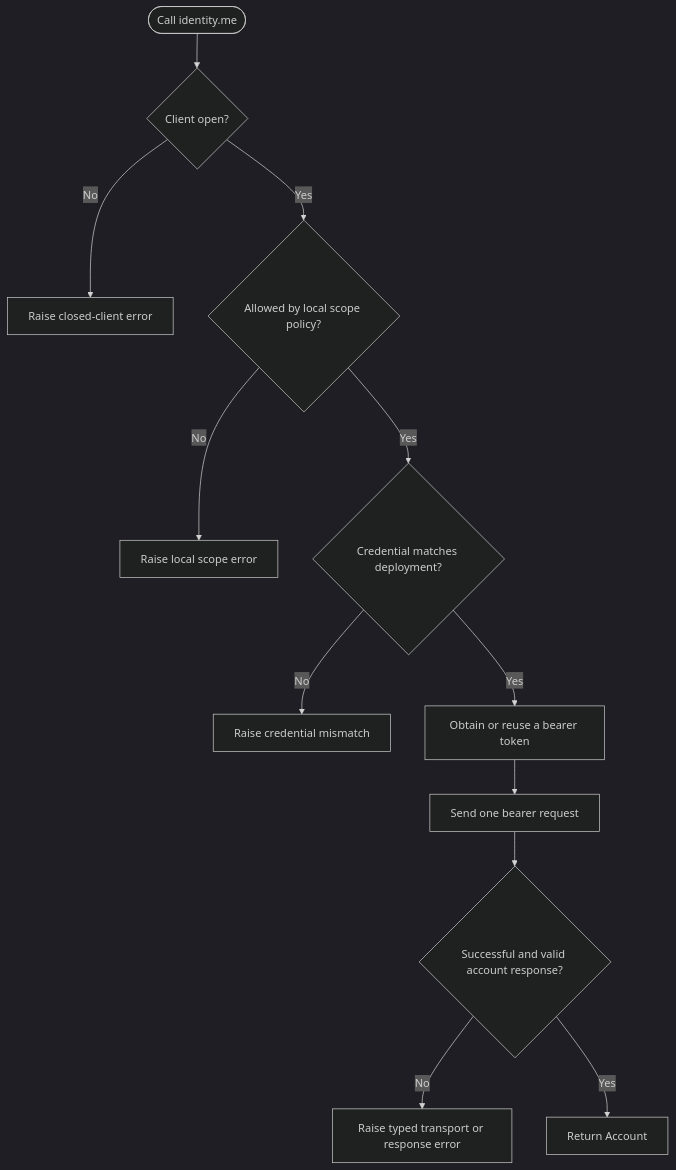
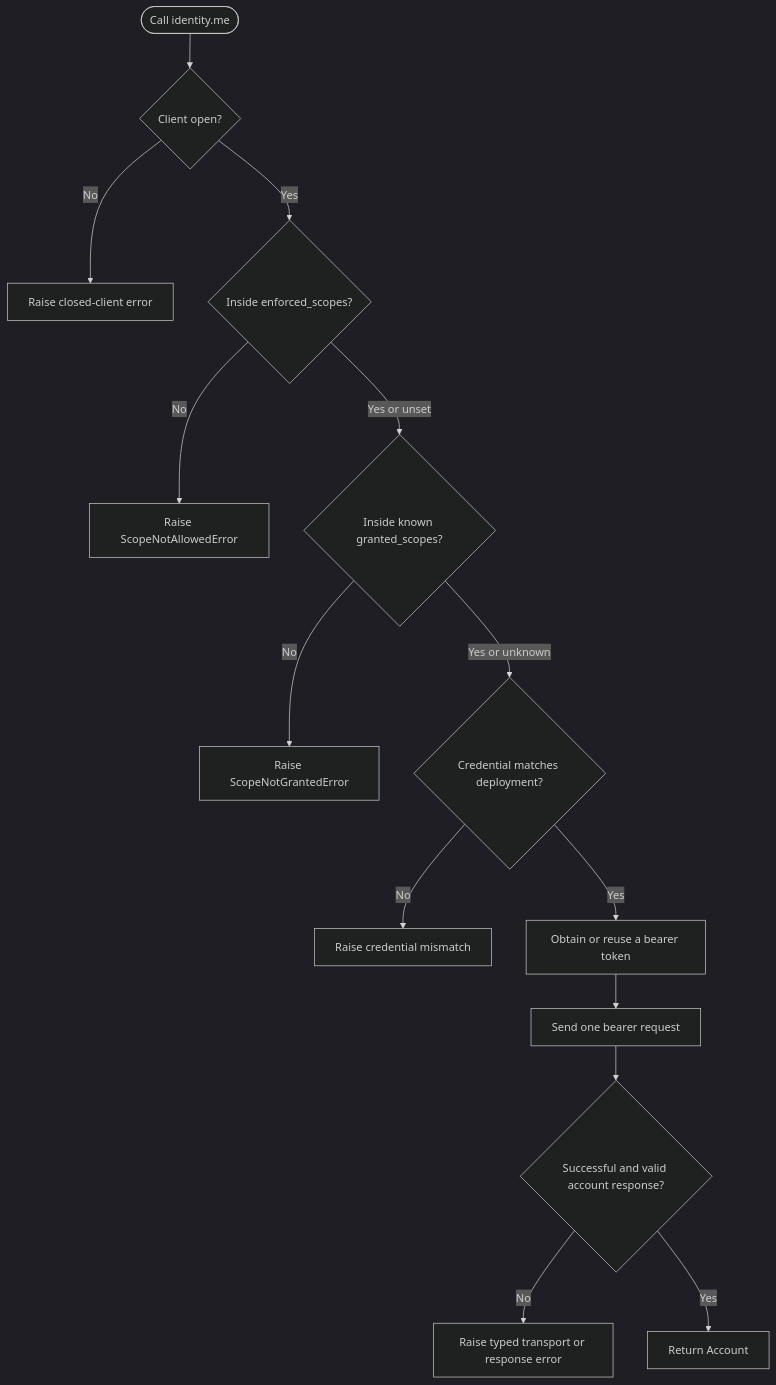
The eighth of 11 diagrams in docs/dev/identity/index.md (FAIRmat-NFDI/nomad-python-api), drawn with Mermaid (dark theme) before and after one commit. The commit also changed other lines of this file and 30 other files, not shown here.

First line of the commit message:
feat(identity): separate requested and enforced scopes

````diff
--- a/docs/dev/identity/index.md
+++ b/docs/dev/identity/index.md
@@ -312,14 +330,16 @@
 ```mermaid
 flowchart TD
     Start([Call identity.me]) --> Open{Client open?}
     Open -->|No| ClosedError[Raise closed-client error]
-    Open -->|Yes| Scope{Allowed by local scope policy?}
-    Scope -->|No| ScopeError[Raise local scope error]
-    Scope -->|Yes| Bound{Credential matches deployment?}
+    Open -->|Yes| Scope{Inside enforced_scopes?}
+    Scope -->|No| ScopeError[Raise ScopeNotAllowedError]
+    Scope -->|Yes or unset| Granted{Inside known granted_scopes?}
+    Granted -->|No| GrantError[Raise ScopeNotGrantedError]
+    Granted -->|Yes or unknown| Bound{Credential matches deployment?}
     Bound -->|No| BindingError[Raise credential mismatch]
     Bound -->|Yes| Token[Obtain or reuse a bearer token]
     Token --> Send[Send one bearer request]
     Send --> Valid{Successful and valid account response?}
     Valid -->|No| ResponseError[Raise typed transport or response error]
     Valid -->|Yes| Result[Return Account]
 ```
````
